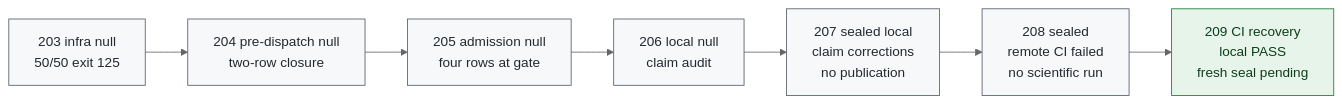
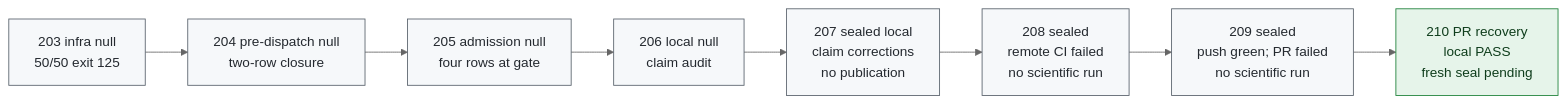
The third of 5 diagrams in README.md (manfromnowhere143/telos), drawn with Mermaid (neutral theme) before and after one commit. The commit also changed other lines of this file and 17 other files, not shown here.

````diff
--- a/README.md
+++ b/README.md
@@ -200,8 +202,8 @@
 ```mermaid
 flowchart LR
- I203["203 infra null<br/>50/50 exit 125"]-->I204["204 pre-dispatch null<br/>two-row closure"]-->I205["205 admission null<br/>four rows at gate"]-->I206["206 local null<br/>claim audit"]-->I207["207 sealed local<br/>claim corrections<br/>no publication"]-->I208["208 sealed<br/>remote CI failed<br/>no scientific run"]-->I209["209 CI recovery<br/>local PASS<br/>fresh seal pending"]
+ I203["203 infra null<br/>50/50 exit 125"]-->I204["204 pre-dispatch null<br/>two-row closure"]-->I205["205 admission null<br/>four rows at gate"]-->I206["206 local null<br/>claim audit"]-->I207["207 sealed local<br/>claim corrections<br/>no publication"]-->I208["208 sealed<br/>remote CI failed<br/>no scientific run"]-->I209["209 sealed<br/>push green; PR failed<br/>no scientific run"]-->I210["210 PR recovery<br/>local PASS<br/>fresh seal pending"]
  classDef null fill:#f6f8fa,stroke:#57606a,color:#24292f;
  classDef active fill:#e6f4ea,stroke:#1a7f37,color:#0f3d1c;
- class I203,I204,I205,I206,I207,I208 null;
- class I209 active;
+ class I203,I204,I205,I206,I207,I208,I209 null;
+ class I210 active;
 ```
````
